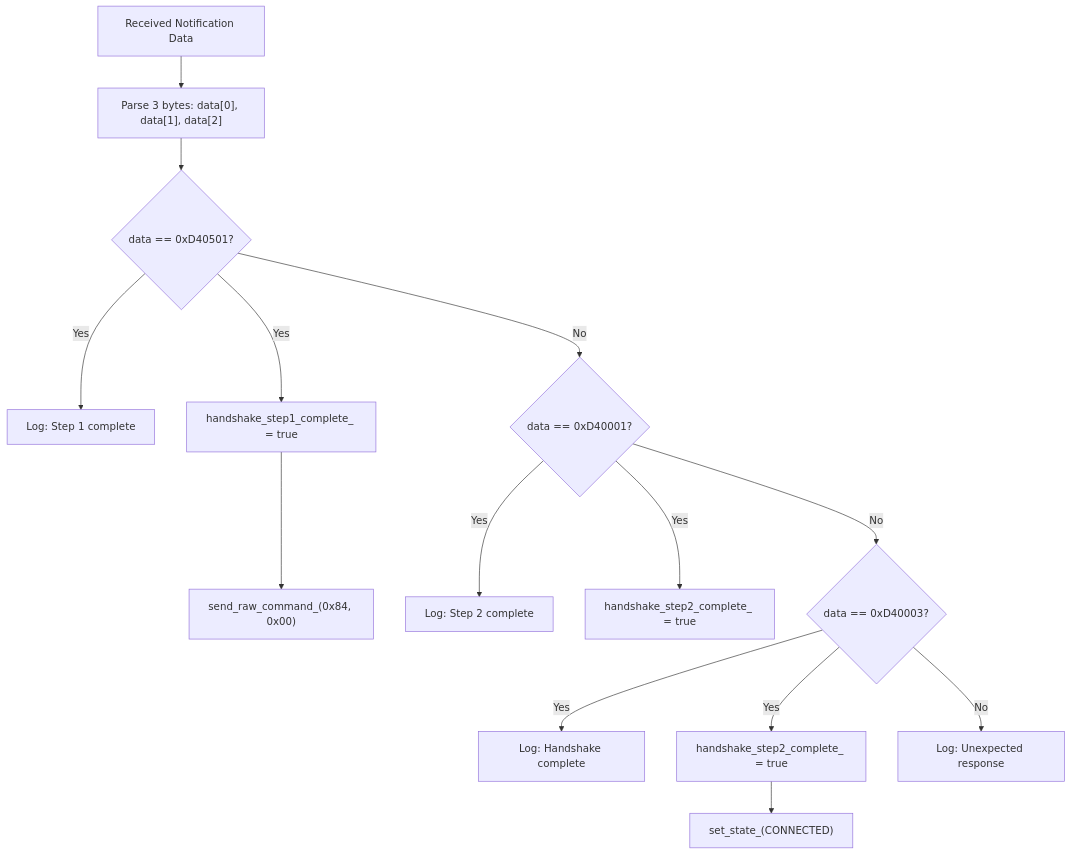
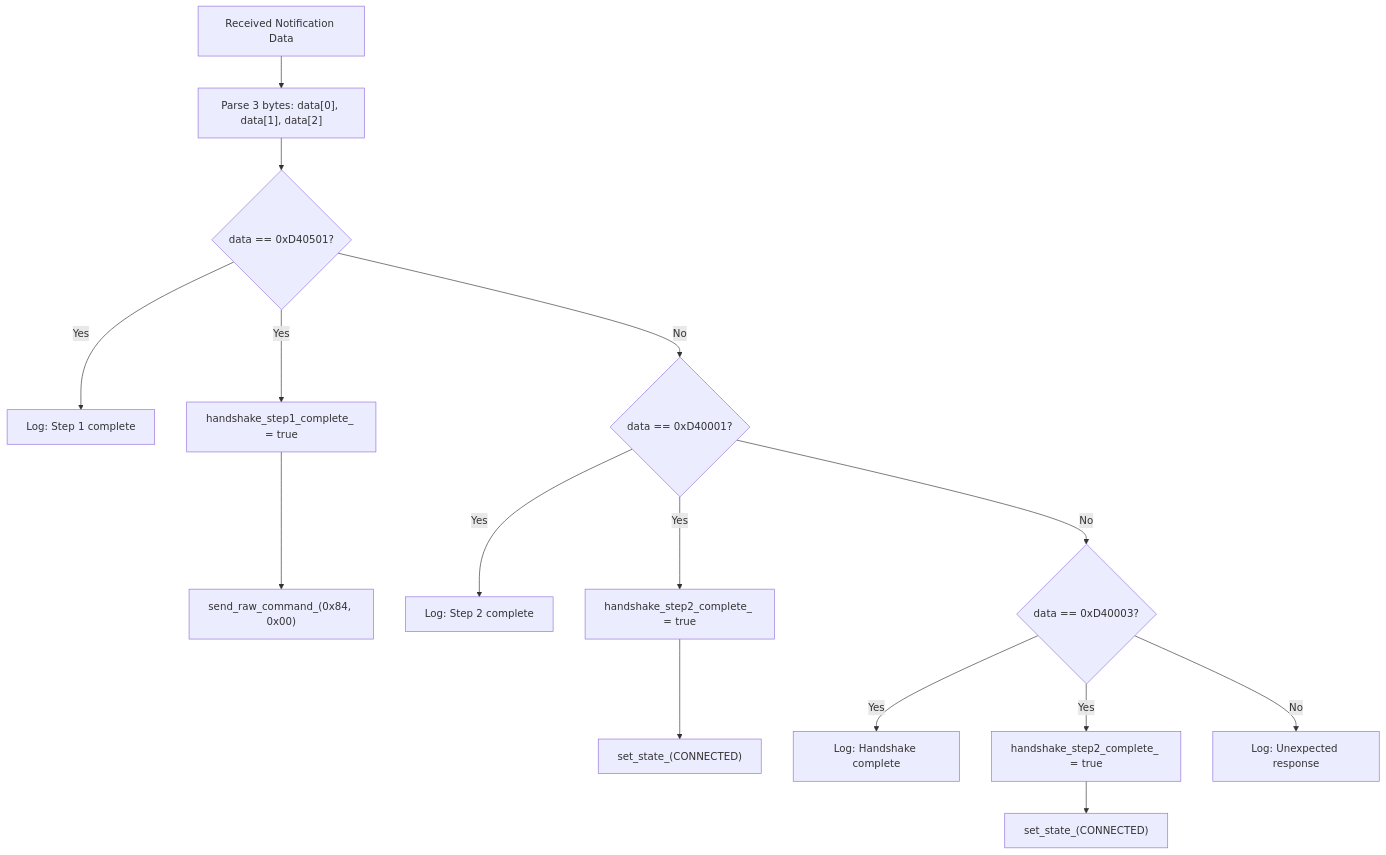
One commit to stratus-ss/logitech407-esphome changed the eighth of 26 diagrams in CODEFLOW.md. Above: the diagram before and after it, drawn with Mermaid. The commit also changed other lines of this file, not shown here.

````diff
--- a/CODEFLOW.md
+++ b/CODEFLOW.md
@@ -281,25 +281,26 @@
 ```mermaid
 flowchart TD
     DATA[Received Notification Data]
     
     DATA --> PARSE["Parse 3 bytes: data[0], data[1], data[2]"]
     PARSE --> CHECK1{data == 0xD40501?}
     
     CHECK1 -->|Yes| LOG1["Log: Step 1 complete"]
     CHECK1 -->|Yes| SET_HS1[handshake_step1_complete_ = true]
     SET_HS1 --> SEND2["send_raw_command_(0x84, 0x00)"]
     
     CHECK1 -->|No| CHECK2{data == 0xD40001?}
     
     CHECK2 -->|Yes| LOG2["Log: Step 2 complete"]
     CHECK2 -->|Yes| SET_HS2[handshake_step2_complete_ = true]
+    SET_HS2 --> SET_CONN2["set_state_(CONNECTED)"]
     
     CHECK2 -->|No| CHECK3{data == 0xD40003?}
     
     CHECK3 -->|Yes| LOG3["Log: Handshake complete"]
     CHECK3 -->|Yes| SET_HS2B[handshake_step2_complete_ = true]
     SET_HS2B --> SET_CONN["set_state_(CONNECTED)"]
     
     CHECK3 -->|No| UNKNOWN["Log: Unexpected response"]
     
 ```
````
